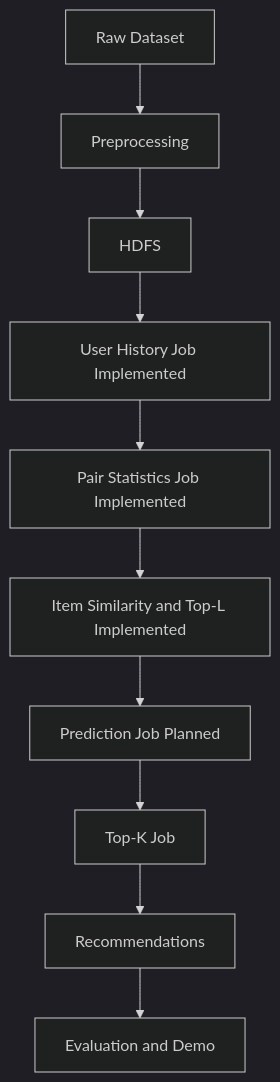
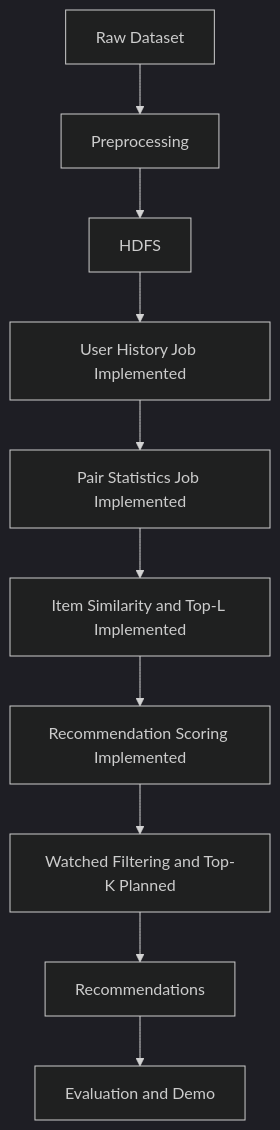
Before and after one commit to hieulenho/movie-recommender-hadoop: the diagram in docs/architecture.md, drawn with Mermaid (dark theme). The commit also changed other lines of this file and 27 other files, not shown here.

Commit message:
feat: add Hadoop recommendation scoring pipeline

````diff
--- a/docs/architecture.md
+++ b/docs/architecture.md
@@ -19,12 +19,12 @@
 ```mermaid
 flowchart TD
     A[Raw Dataset] --> B[Preprocessing]
     B --> C[HDFS]
     C --> D[User History Job Implemented]
     D --> E[Pair Statistics Job Implemented]
     E --> F[Item Similarity and Top-L Implemented]
-    F --> G[Prediction Job Planned]
-    G --> H[Top-K Job]
+    F --> G[Recommendation Scoring Implemented]
+    G --> H[Watched Filtering and Top-K Planned]
     H --> I[Recommendations]
     I --> J[Evaluation and Demo]
 ```
````
